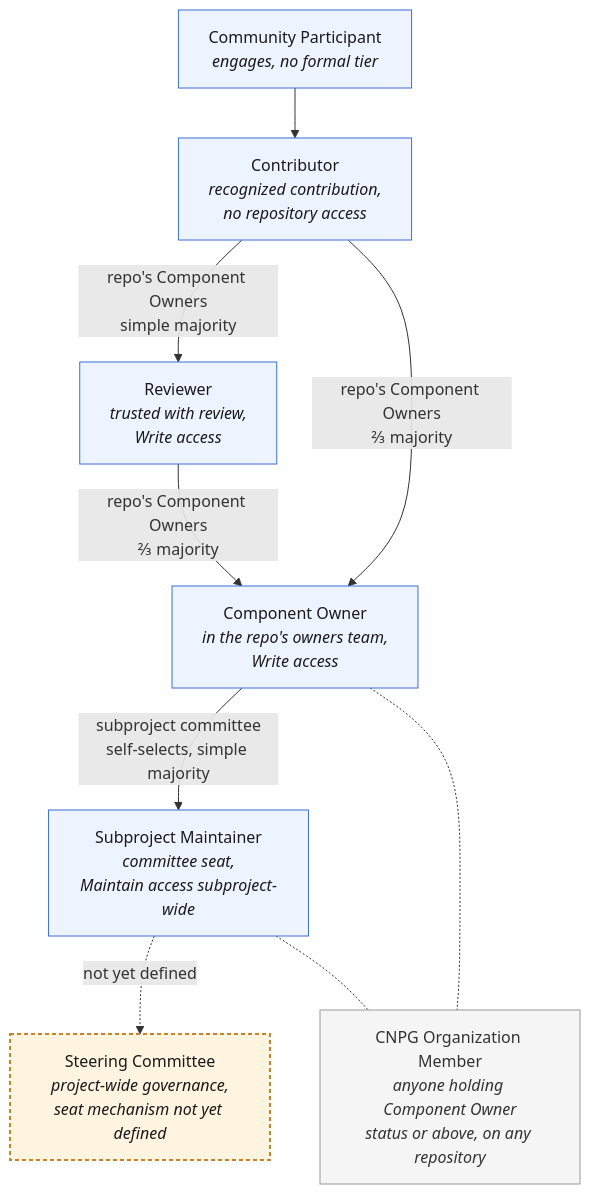
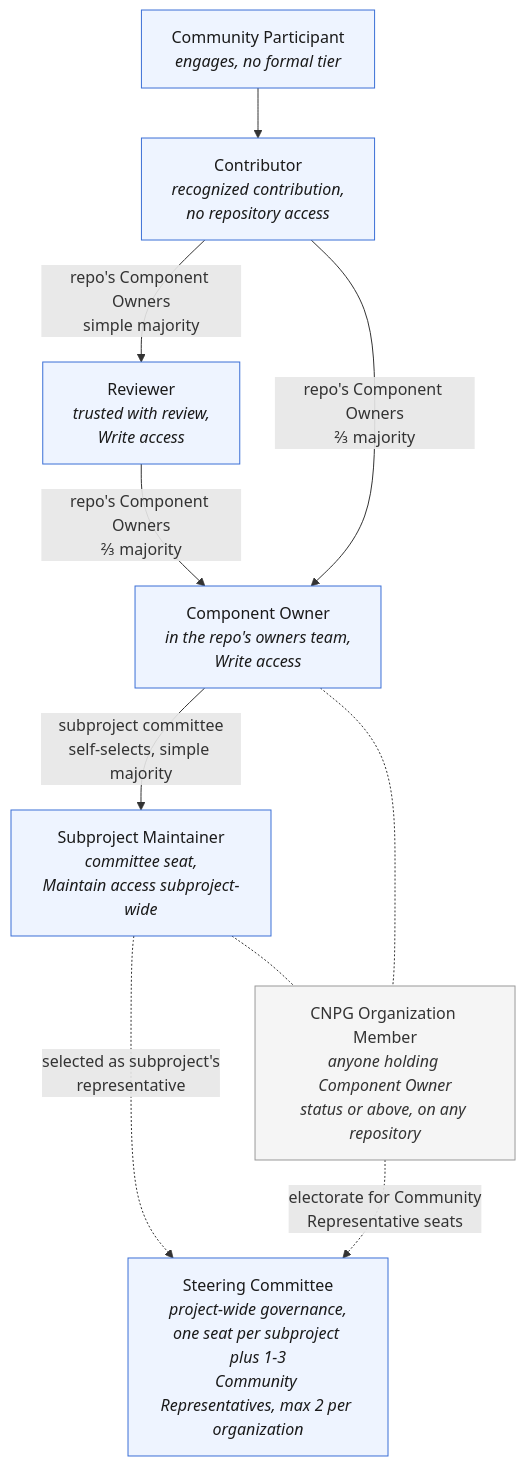
One commit to cloudnative-pg/governance changed the diagram in CONTRIBUTOR_LADDER.md. Above: the diagram before and after it, drawn with Mermaid. The commit also changed other lines of this file and 5 other files, not shown here.

````diff
--- a/CONTRIBUTOR_LADDER.md
+++ b/CONTRIBUTOR_LADDER.md
@@ -57,28 +59,28 @@
 ```mermaid
 flowchart TD
     CP["Community Participant<br/><i>engages, no formal tier</i>"]
     CT["Contributor<br/><i>recognized contribution,<br/>no repository access</i>"]
     RV["Reviewer<br/><i>trusted with review,<br/>Write access</i>"]
     CO["Component Owner<br/><i>in the repo's owners team,<br/>Write access</i>"]
     SM["Subproject Maintainer<br/><i>committee seat,<br/>Maintain access subproject-wide</i>"]
-    SC["Steering Committee<br/><i>project-wide governance,<br/>seat mechanism not yet defined</i>"]
+    SC["Steering Committee<br/><i>project-wide governance,<br/>one seat per subproject plus 1-3<br/>Community Representatives, max 2 per organization</i>"]
 
     CP --> CT
     CT -->|"repo's Component Owners<br/>simple majority"| RV
     CT -->|"repo's Component Owners<br/>⅔ majority"| CO
     RV -->|"repo's Component Owners<br/>⅔ majority"| CO
     CO -->|"subproject committee<br/>self-selects, simple majority"| SM
-    SM -.->|"not yet defined"| SC
+    SM -.->|"selected as subproject's<br/>representative"| SC
 
     OM["CNPG Organization Member<br/><i>anyone holding Component Owner<br/>status or above, on any repository</i>"]
     CO -.- OM
     SM -.- OM
+    OM -.->|"electorate for Community<br/>Representative seats"| SC
 
     classDef rung fill:#eef4ff,stroke:#3b6fd6,stroke-width:1px,color:#1a1a1a;
     classDef open fill:#fff4e0,stroke:#c9822a,stroke-width:2px,stroke-dasharray:4 3,color:#1a1a1a;
     classDef note fill:#f5f5f5,stroke:#999999,stroke-width:1px,color:#333333;
 
-    class CP,CT,RV,CO,SM rung;
-    class SC open;
+    class CP,CT,RV,CO,SM,SC rung;
     class OM note;
 ```
````
